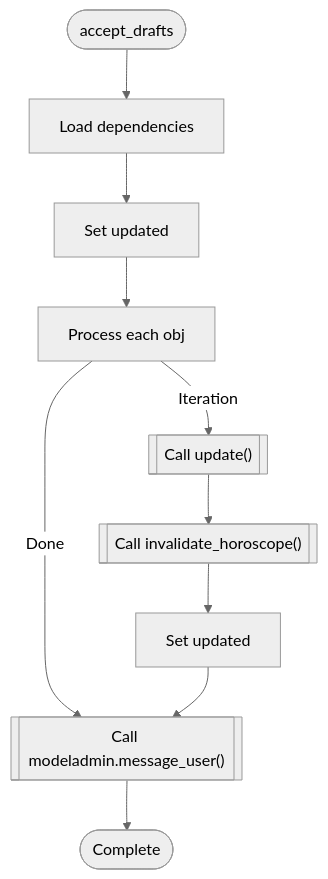
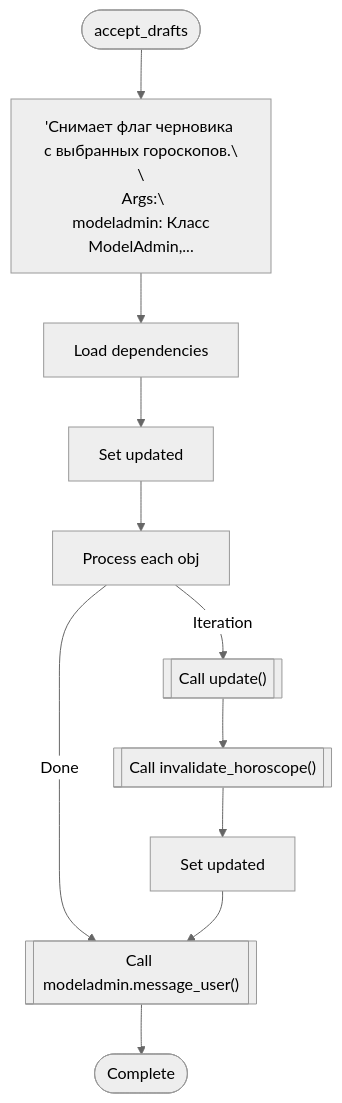
Before and after one commit to ihrusl05-rgb/Factoscope: the second of 59 diagrams in codedebrief-out/codedebrief.md, drawn with Mermaid (neutral theme). The commit also changed other lines of this file and 20 other files, not shown here.

````diff
--- a/codedebrief-out/codedebrief.md
+++ b/codedebrief-out/codedebrief.md
@@ -80,21 +82,23 @@
 ```mermaid
 flowchart TD
   mflow_ccbda5a54f8b2602_n1(["accept_drafts"])
-  mflow_ccbda5a54f8b2602_n2["Load dependencies"]
-  mflow_ccbda5a54f8b2602_n3["Set updated"]
-  mflow_ccbda5a54f8b2602_n4["Process each obj"]
-  mflow_ccbda5a54f8b2602_n5[["Call update()"]]
-  mflow_ccbda5a54f8b2602_n6[["Call invalidate_horoscope()"]]
-  mflow_ccbda5a54f8b2602_n7["Set updated"]
-  mflow_ccbda5a54f8b2602_n8[["Call modeladmin.message_user()"]]
-  mflow_ccbda5a54f8b2602_n9(["Complete"])
+  mflow_ccbda5a54f8b2602_n2["'Снимает флаг черновика с выбранных гороскопов.\\n\\n Args:\\n modeladmin: Класс ModelAdmin,..."]
+  mflow_ccbda5a54f8b2602_n3["Load dependencies"]
+  mflow_ccbda5a54f8b2602_n4["Set updated"]
+  mflow_ccbda5a54f8b2602_n5["Process each obj"]
+  mflow_ccbda5a54f8b2602_n6[["Call update()"]]
+  mflow_ccbda5a54f8b2602_n7[["Call invalidate_horoscope()"]]
+  mflow_ccbda5a54f8b2602_n8["Set updated"]
+  mflow_ccbda5a54f8b2602_n9[["Call modeladmin.message_user()"]]
+  mflow_ccbda5a54f8b2602_n10(["Complete"])
   mflow_ccbda5a54f8b2602_n1 --> mflow_ccbda5a54f8b2602_n2
   mflow_ccbda5a54f8b2602_n2 --> mflow_ccbda5a54f8b2602_n3
   mflow_ccbda5a54f8b2602_n3 --> mflow_ccbda5a54f8b2602_n4
-  mflow_ccbda5a54f8b2602_n4 -->|"Iteration"| mflow_ccbda5a54f8b2602_n5
-  mflow_ccbda5a54f8b2602_n5 --> mflow_ccbda5a54f8b2602_n6
+  mflow_ccbda5a54f8b2602_n4 --> mflow_ccbda5a54f8b2602_n5
+  mflow_ccbda5a54f8b2602_n5 -->|"Iteration"| mflow_ccbda5a54f8b2602_n6
   mflow_ccbda5a54f8b2602_n6 --> mflow_ccbda5a54f8b2602_n7
-  mflow_ccbda5a54f8b2602_n4 -->|"Done"| mflow_ccbda5a54f8b2602_n8
   mflow_ccbda5a54f8b2602_n7 --> mflow_ccbda5a54f8b2602_n8
+  mflow_ccbda5a54f8b2602_n5 -->|"Done"| mflow_ccbda5a54f8b2602_n9
   mflow_ccbda5a54f8b2602_n8 --> mflow_ccbda5a54f8b2602_n9
+  mflow_ccbda5a54f8b2602_n9 --> mflow_ccbda5a54f8b2602_n10
 ```
````
